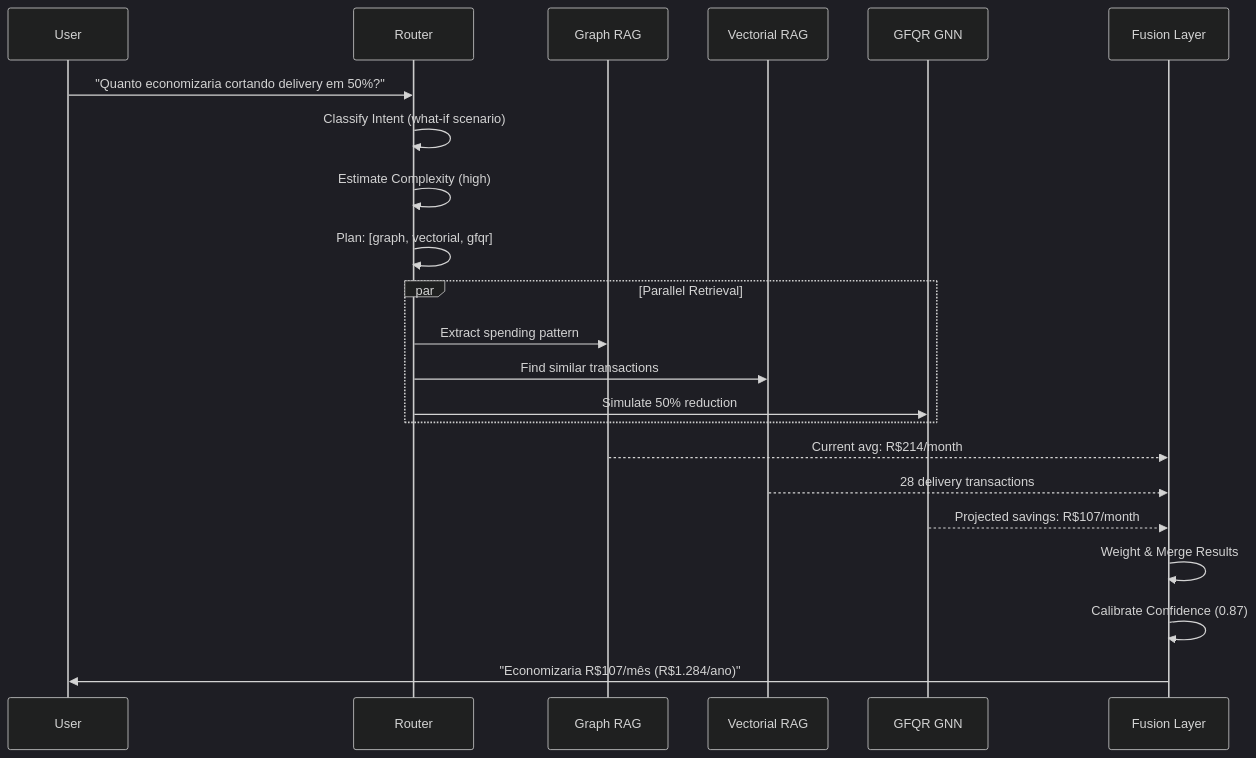
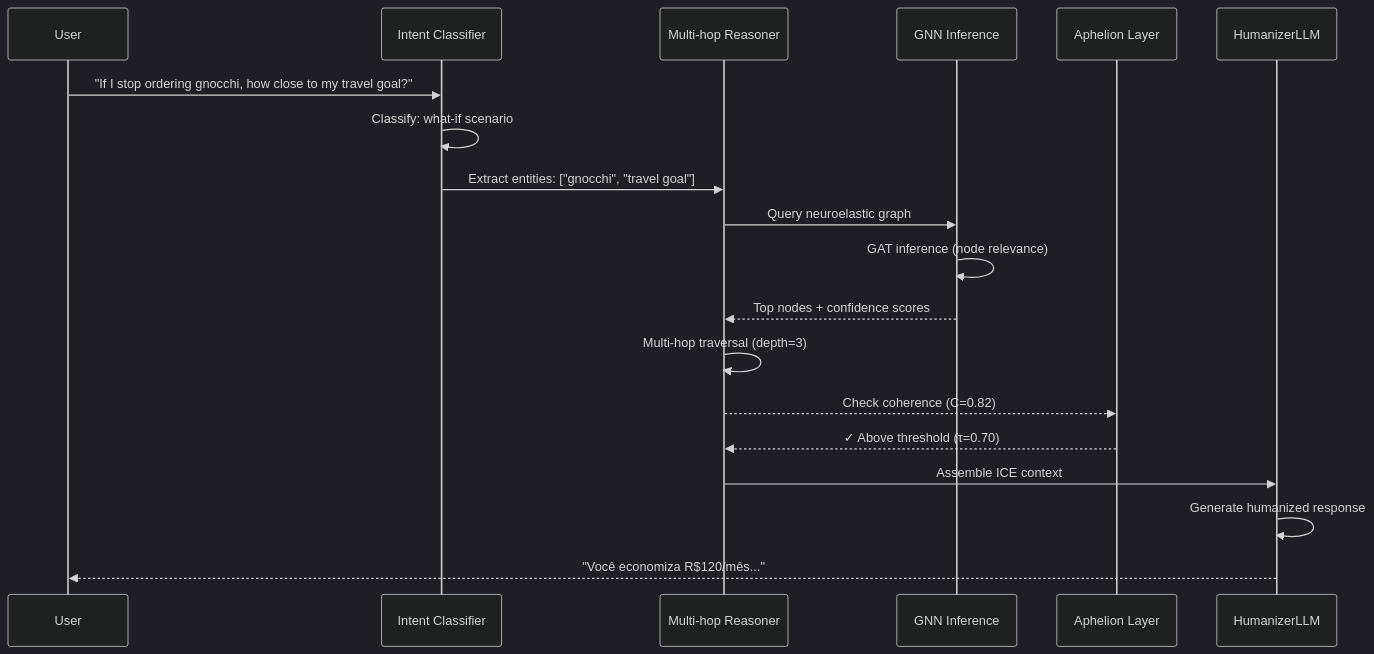
The second of 4 diagrams in README.md (viniruggeri/midas-fdr), drawn with Mermaid (dark theme) before and after one commit. The commit also changed other lines of this file and 1 other file, not shown here.

First line of the commit message:
docs: update README to reflect v2 architecture

````diff
--- a/README.md
+++ b/README.md
@@ -179,28 +164,25 @@
 ```mermaid
 sequenceDiagram
     participant U as User
-    participant R as Router
-    participant GR as Graph RAG
-    participant VR as Vectorial RAG
-    participant GFQR as GFQR GNN
-    participant F as Fusion Layer
+    participant IC as Intent Classifier
+    participant MH as Multi-hop Reasoner
+    participant GNN as GNN Inference
+    participant APH as Aphelion Layer
+    participant LLM as HumanizerLLM
     
-    U->>R: "Quanto economizaria cortando delivery em 50%?"
-    R->>R: Classify Intent (what-if scenario)
-    R->>R: Estimate Complexity (high)
-    R->>R: Plan: [graph, vectorial, gfqr]
+    U->>IC: "If I stop ordering gnocchi, how close to my travel goal?"
+    IC->>IC: Classify: what-if scenario
+    IC->>MH: Extract entities: ["gnocchi", "travel goal"]
     
-    par Parallel Retrieval
-        R->>GR: Extract spending pattern
-        R->>VR: Find similar transactions
-        R->>GFQR: Simulate 50% reduction
-    end
+    MH->>GNN: Query neuroelastic graph
+    GNN->>GNN: GAT inference (node relevance)
+    GNN-->>MH: Top nodes + confidence scores
     
-    GR-->>F: Current avg: R$214/month
-    VR-->>F: 28 delivery transactions
-    GFQR-->>F: Projected savings: R$107/month
+    MH->>MH: Multi-hop traversal (depth=3)
+    MH-->>APH: Check coherence (C=0.82)
+    APH-->>MH: ✓ Above threshold (τ=0.70)
     
-    F->>F: Weight & Merge Results
-    F->>F: Calibrate Confidence (0.87)
-    F->>U: "Economizaria R$107/mês (R$1.284/ano)"
+    MH->>LLM: Assemble ICE context
+    LLM->>LLM: Generate humanized response
+    LLM-->>U: "Você economiza R$120/mês..."
 ```
````
